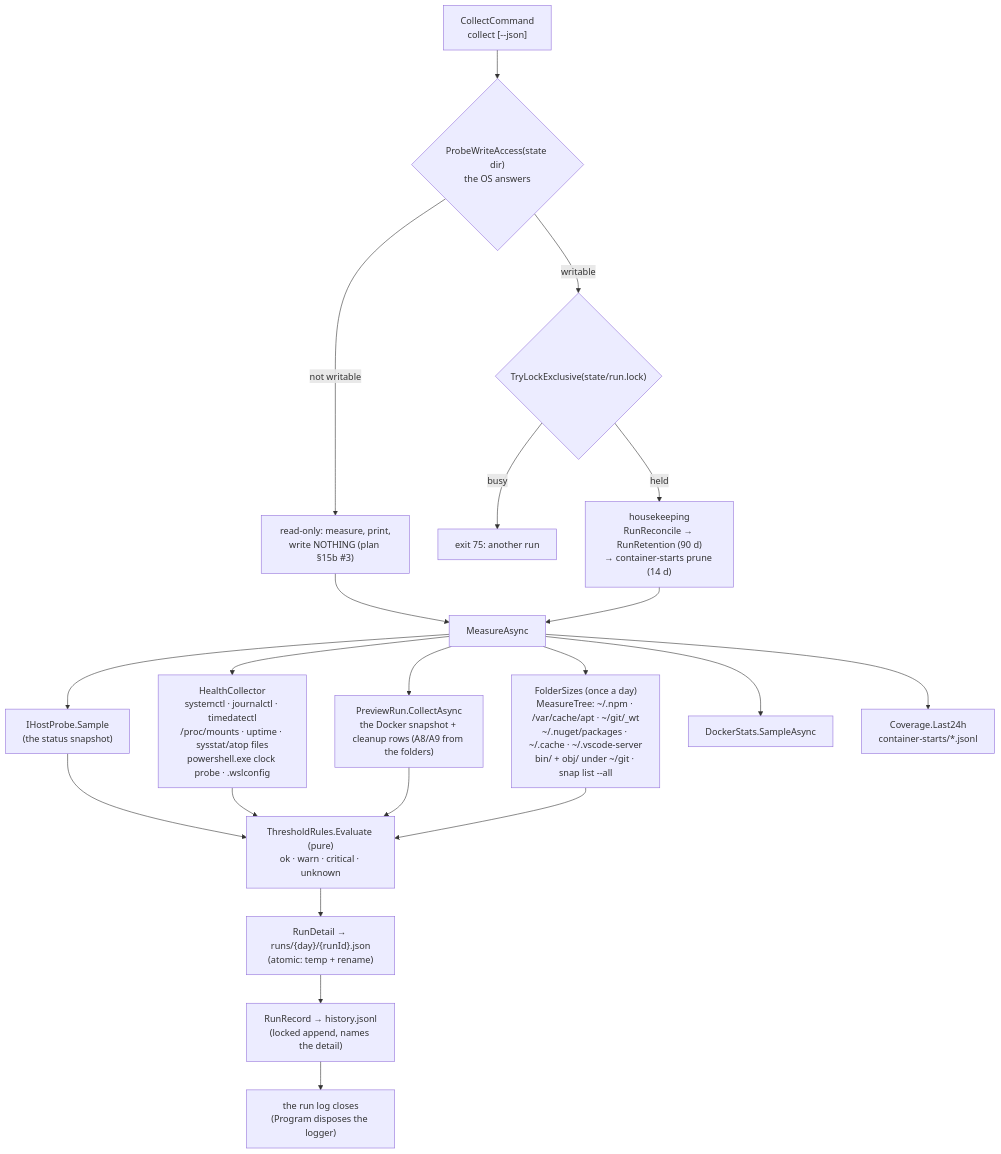
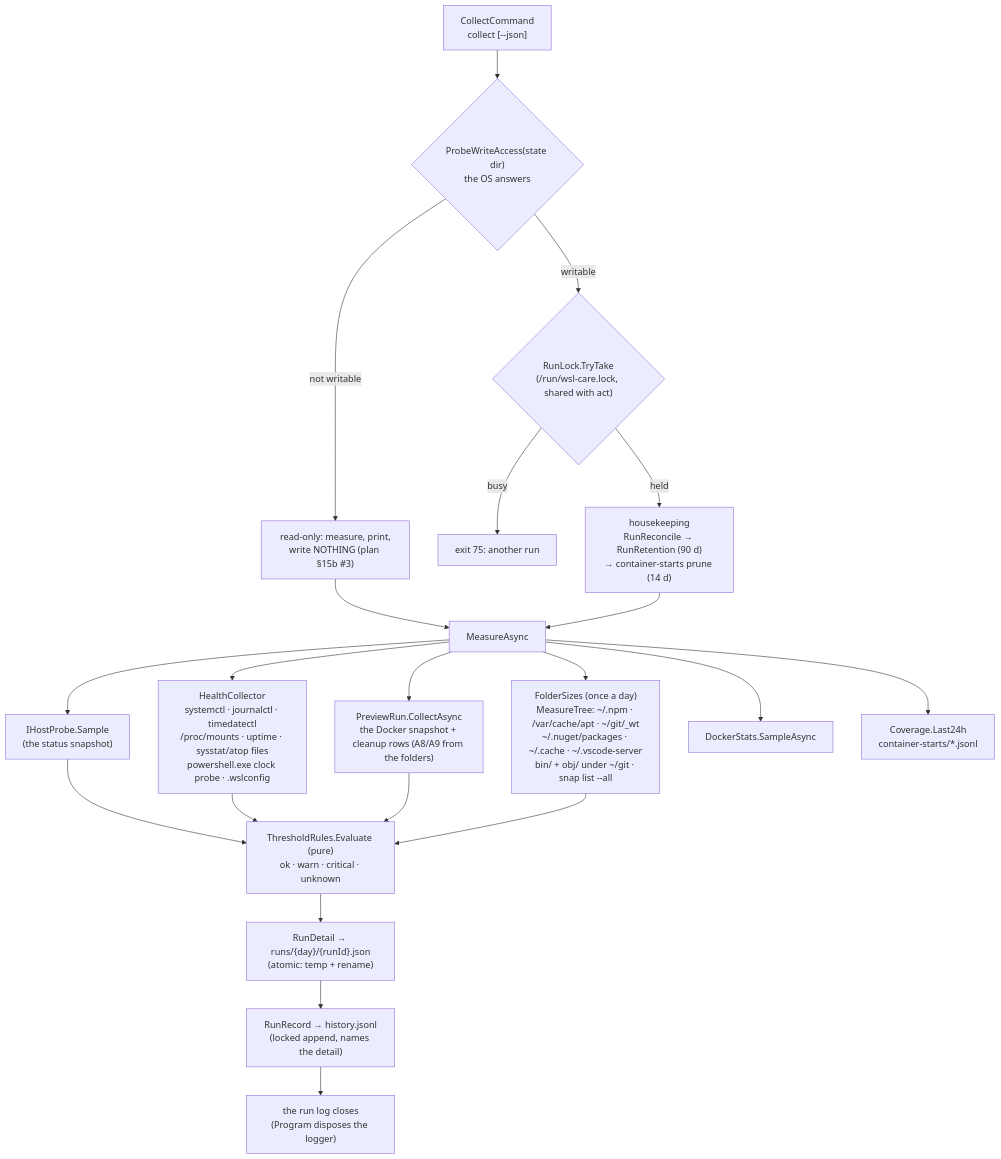
One commit to oleksandrdubyna88/wsl_care changed the fourth of 12 diagrams in research/architecture.md. Above: the diagram before and after it, drawn with Mermaid. The commit also changed other lines of this file and 63 other files, not shown here.

````diff
--- a/research/architecture.md
+++ b/research/architecture.md
@@ -381,37 +383,37 @@
 ```mermaid
 flowchart TB
     verb["CollectCommand<br/>collect [--json]"]
     probe{"ProbeWriteAccess(state dir)<br/>the OS answers"}
     ro["read-only: measure, print,<br/>write NOTHING (plan §15b #3)"]
-    lock{"TryLockExclusive(state/run.lock)"}
+    lock{"RunLock.TryTake<br/>(/run/wsl-care.lock, shared with act)"}
     busy["exit 75: another run"]
     house["housekeeping<br/>RunReconcile → RunRetention (90 d)<br/>→ container-starts prune (14 d)"]
     measure["MeasureAsync"]
     fast["IHostProbe.Sample<br/>(the status snapshot)"]
     health["HealthCollector<br/>systemctl · journalctl · timedatectl<br/>/proc/mounts · uptime · sysstat/atop files<br/>powershell.exe clock probe · .wslconfig"]
     folders["FolderSizes (once a day)<br/>MeasureTree: ~/.npm · /var/cache/apt · ~/git/_wt<br/>~/.nuget/packages · ~/.cache · ~/.vscode-server<br/>bin/ + obj/ under ~/git · snap list --all"]
     docker["PreviewRun.CollectAsync<br/>the Docker snapshot + cleanup rows (A8/A9 from the folders)"]
     stats["DockerStats.SampleAsync"]
     starts["Coverage.Last24h<br/>container-starts/*.jsonl"]
     rules["ThresholdRules.Evaluate (pure)<br/>ok · warn · critical · unknown"]
     detail["RunDetail → runs/{day}/{runId}.json<br/>(atomic: temp + rename)"]
     line["RunRecord → history.jsonl<br/>(locked append, names the detail)"]
     log["the run log closes<br/>(Program disposes the logger)"]
 
     verb --> probe
     probe -->|not writable| ro --> measure
     probe -->|writable| lock
     lock -->|busy| busy
     lock -->|held| house --> measure
     measure --> fast
     measure --> health
     measure --> folders
     measure --> docker
     measure --> stats
     measure --> starts
     fast --> rules
     health --> rules
     docker --> rules
     folders --> rules
     rules --> detail --> line --> log
 ```
````
